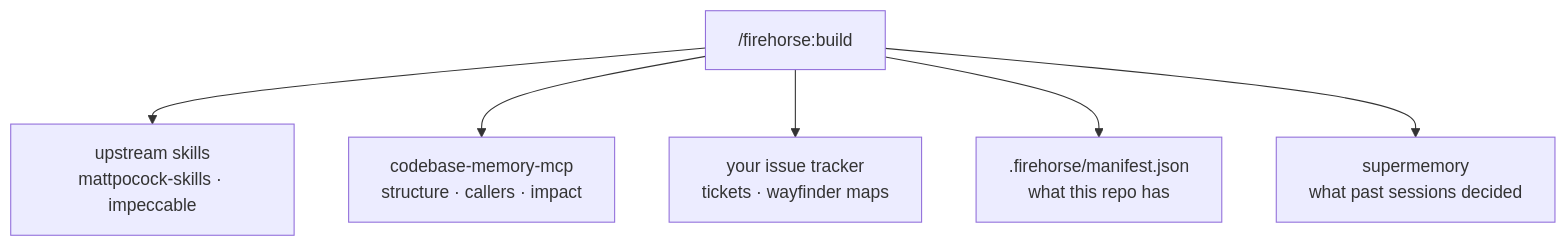
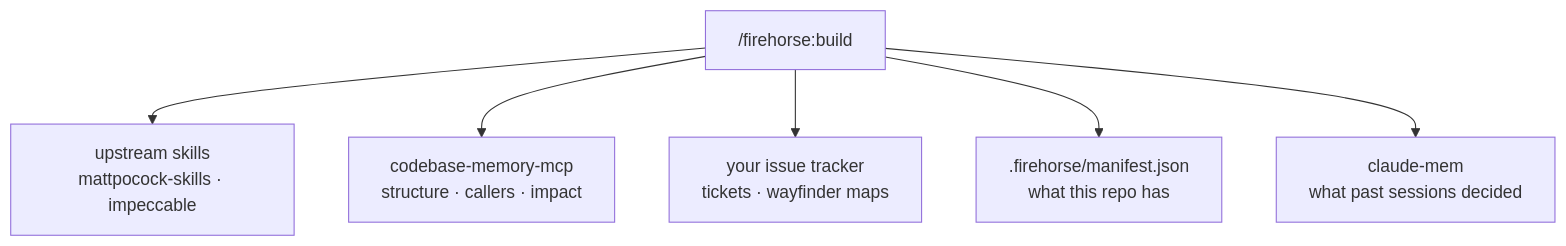
One commit to cinjoff/firehorse changed the second of 2 diagrams in README.md. Above: the diagram before and after it, drawn with Mermaid. The commit also changed other lines of this file and 71 other files, not shown here.

First line of the commit message:
Swap the memory engine from supermemory to claude-mem

````diff
--- a/README.md
+++ b/README.md
@@ -357,9 +361,9 @@
 ```mermaid
 flowchart TD
   W["/firehorse:build"]
   W --> U["upstream skills<br/>mattpocock-skills · impeccable"]
   W --> G["codebase-memory-mcp<br/>structure · callers · impact"]
   W --> T["your issue tracker<br/>tickets · wayfinder maps"]
   W --> M[".firehorse/manifest.json<br/>what this repo has"]
-  W --> R["supermemory<br/>what past sessions decided"]
+  W --> R["claude-mem<br/>what past sessions decided"]
 ```
````
